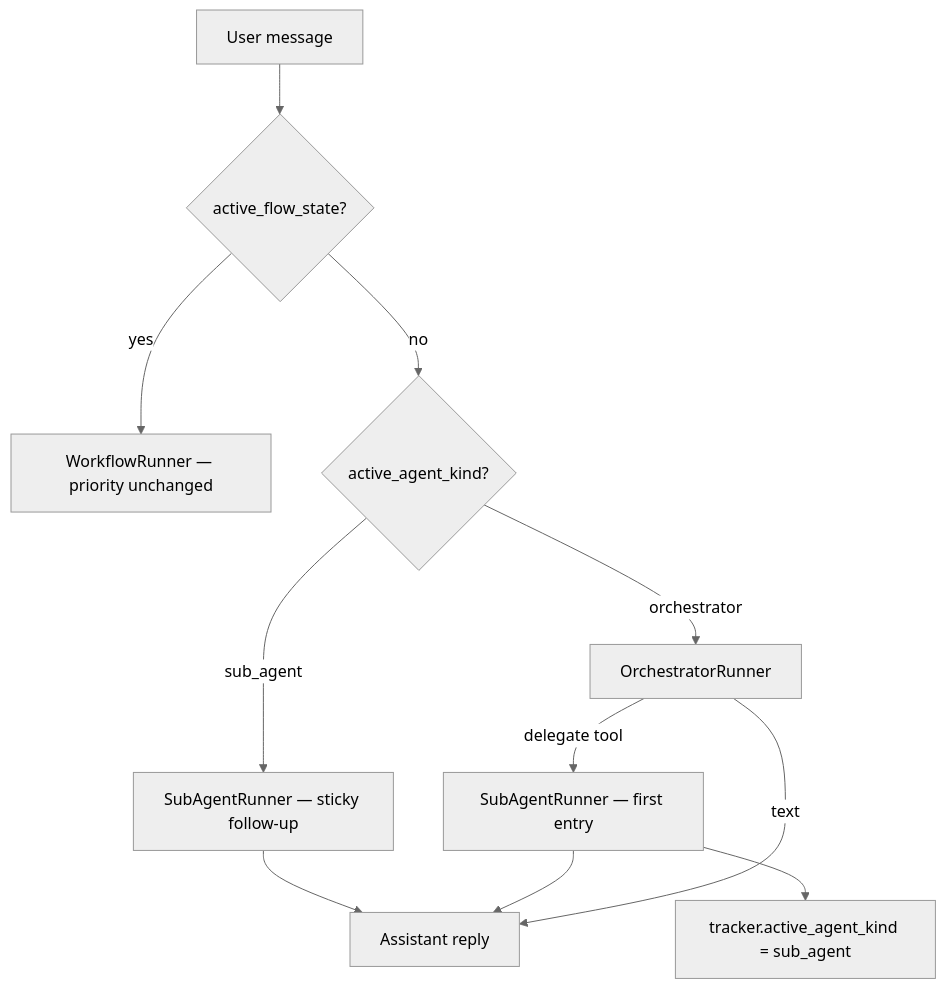
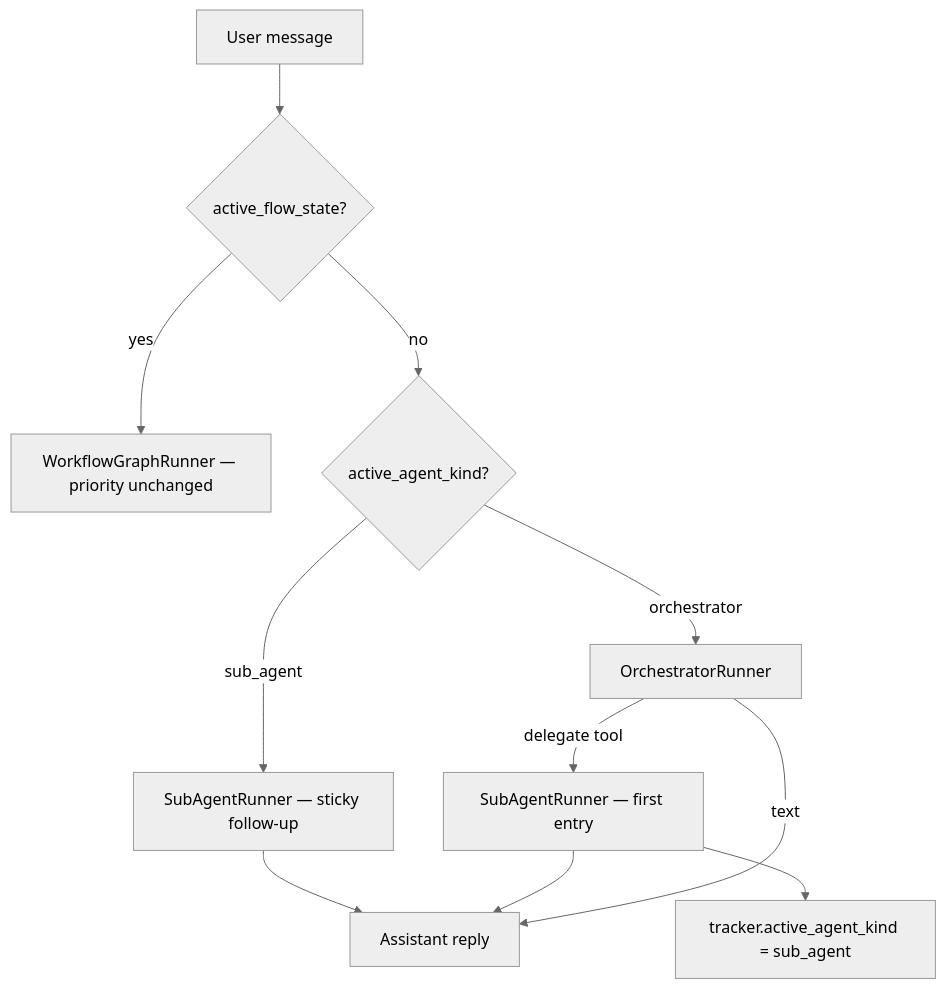
Before and after one commit to shehan-jayasinghe/bot-builder: the diagram in backend/document/agentic/updets/runtime-migration-agentic-phase-d.md, drawn with Mermaid (neutral theme). The commit also changed other lines of this file and 59 other files, not shown here.

````diff
--- a/backend/document/agentic/updets/runtime-migration-agentic-phase-d.md
+++ b/backend/document/agentic/updets/runtime-migration-agentic-phase-d.md
@@ -38,14 +40,14 @@
 ```mermaid
 flowchart TB
     MSG[User message]
     MSG --> WF{active_flow_state?}
-    WF -->|yes| WFR[WorkflowRunner — priority unchanged]
+    WF -->|yes| WFR[WorkflowGraphRunner — priority unchanged]
     WF -->|no| KIND{active_agent_kind?}
     KIND -->|sub_agent| STICKY[SubAgentRunner — sticky follow-up]
     KIND -->|orchestrator| ORCH[OrchestratorRunner]
     ORCH -->|delegate tool| DELEG[SubAgentRunner — first entry]
     DELEG --> SET[tracker.active_agent_kind = sub_agent]
     STICKY --> REPLY[Assistant reply]
     DELEG --> REPLY
     ORCH -->|text| REPLY
 ```
````
